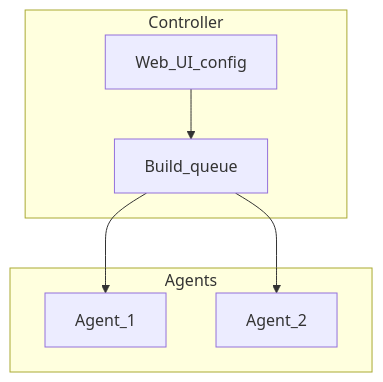
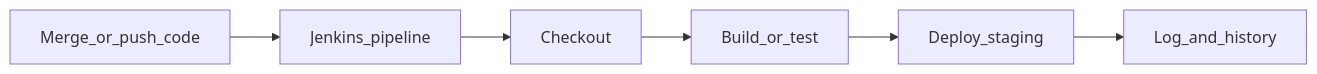
One commit to anh-quan1207/jenkins-basic changed the second of 2 diagrams in .cursor/plans/seminar_jenkins_cơ_bản_f105fc23.plan.md. Above: the diagram before and after it, drawn with Mermaid. The commit also changed other lines of this file and 284 other files, not shown here.

````diff
--- a/.cursor/plans/seminar_jenkins_cơ_bản_f105fc23.plan.md
+++ b/.cursor/plans/seminar_jenkins_cơ_bản_f105fc23.plan.md
@@ -102,14 +145,15 @@
 ```mermaid
-flowchart TB
-  subgraph ctrl [Controller]
-    ui[Web_UI_config]
-    queue[Build_queue]
-  end
-  subgraph agents [Agents]
-    a1[Agent_1]
-    a2[Agent_2]
-  end
-  ui --> queue
-  queue --> a1
-  queue --> a2
+flowchart LR
+  merge[Merge_or_push_code]
+  jenkins[Jenkins_pipeline]
+  checkout[Checkout]
+  build[Build_or_test]
+  deploy[Deploy_staging]
+  log[Log_and_history]
+
+  merge --> jenkins
+  jenkins --> checkout
+  checkout --> build
+  build --> deploy
+  deploy --> log
 ```
````
